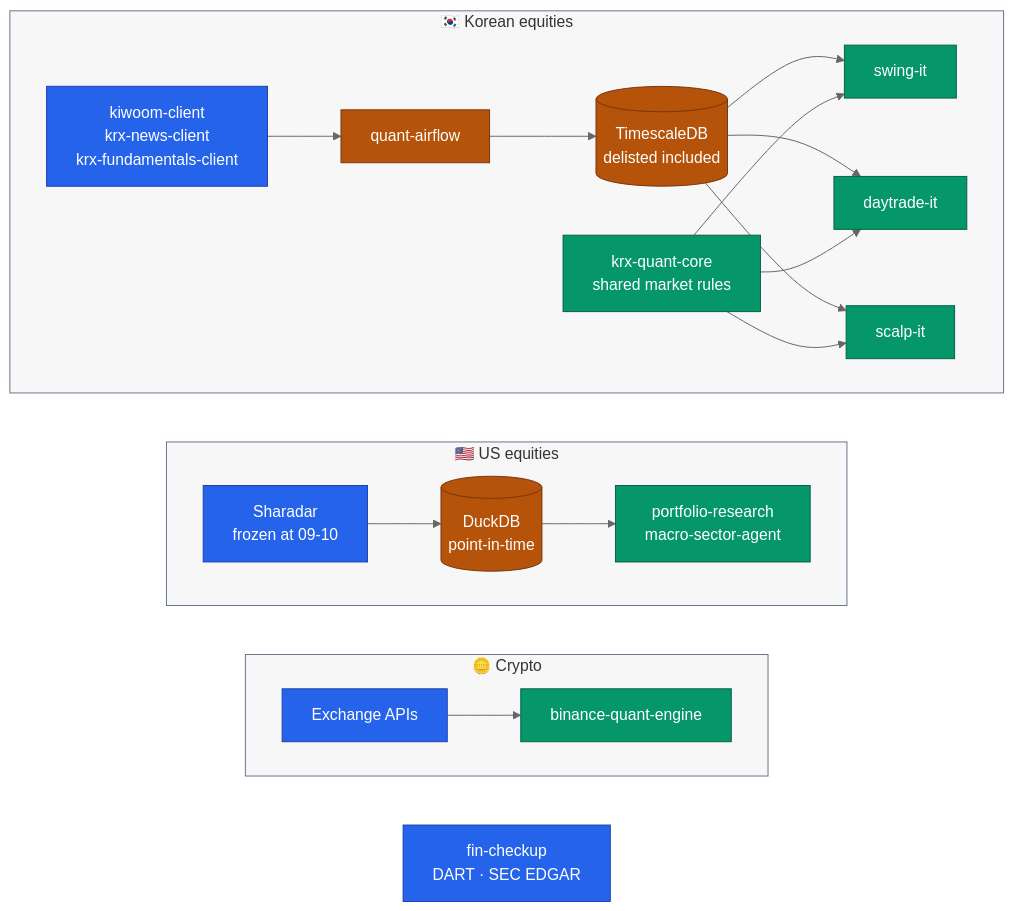
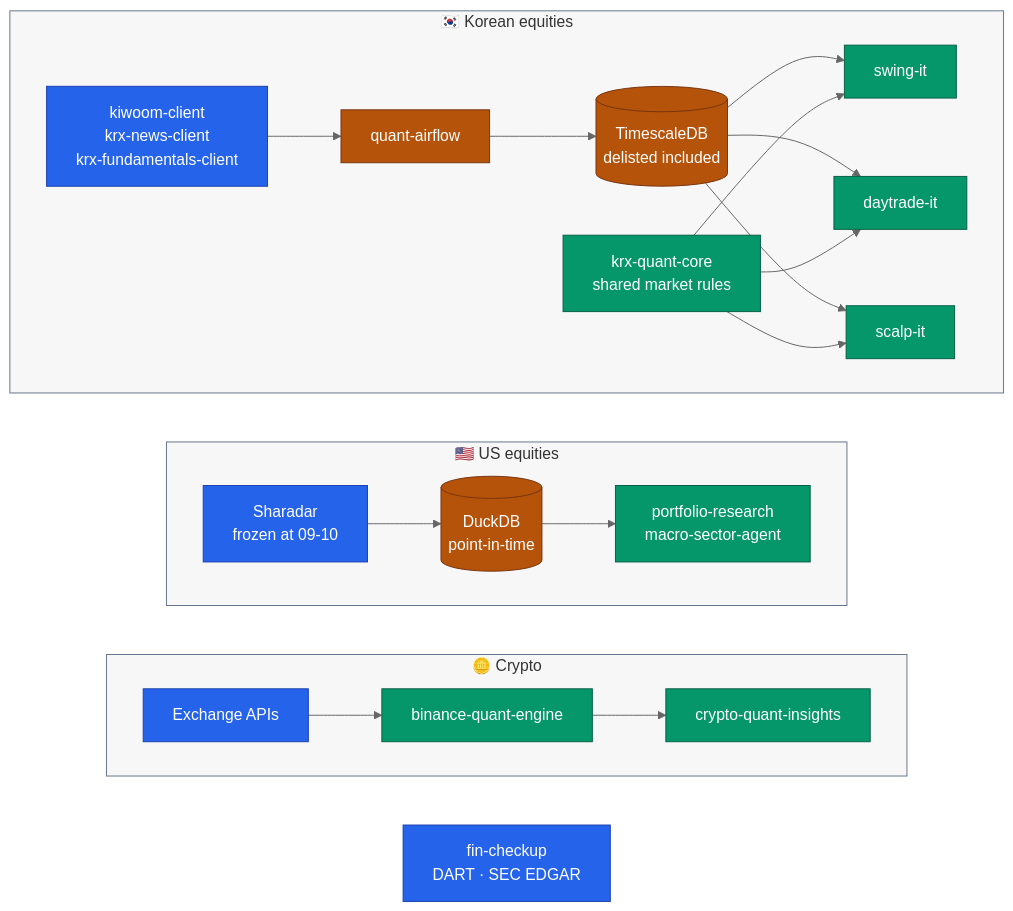
Before and after one commit to younghwan91/younghwan91: the diagram in README.md, drawn with Mermaid (neutral theme). The commit also changed other lines of this file and 1 other file, not shown here.

Commit message:
docs(readme): 삭제된 momentum 레포를 빼고 crypto-quant-insights 를 추가한다
GitHub 레포 목록과 대조 — README 에 적힌 레포 중 momentum 은 더 이상 없고,
공개 레포 crypto-quant-insights 는 빠져 있었다. 나머지 18개는 전부 존재한다.

````diff
--- a/README.md
+++ b/README.md
@@ -21,37 +21,37 @@
 ```mermaid
 flowchart TB
     subgraph KR ["🇰🇷 Korean equities"]
         direction LR
         SRC["kiwoom-client<br/>krx-news-client<br/>krx-fundamentals-client"] --> AF["quant-airflow"] --> DB[("TimescaleDB<br/>delisted included")]
         DB --> SW["swing-it"]
         DB --> DT["daytrade-it"]
         DB --> SC["scalp-it"]
         KC["krx-quant-core<br/>shared market rules"] --> SW & DT & SC
     end
 
     subgraph US ["🇺🇸 US equities"]
         direction LR
         SH["Sharadar<br/>frozen at 09-10"] --> DD[("DuckDB<br/>point-in-time")] --> PR["portfolio-research<br/>macro-sector-agent"]
     end
 
     subgraph CX ["🪙 Crypto"]
         direction LR
-        EX["Exchange APIs"] --> CR["binance-quant-engine"]
+        EX["Exchange APIs"] --> CR["binance-quant-engine"] --> CI["crypto-quant-insights"]
     end
 
     FC["fin-checkup<br/>DART · SEC EDGAR"]
 
     KR ~~~ US ~~~ CX ~~~ FC
 
     classDef source fill:#2563EB,stroke:#1E40AF,color:#FFFFFF
     classDef move   fill:#B45309,stroke:#78350F,color:#FFFFFF
     classDef out    fill:#059669,stroke:#065F46,color:#FFFFFF
 
     class SRC,SH,EX,FC source
     class AF,DB,DD move
-    class SW,DT,SC,KC,PR,CR out
+    class SW,DT,SC,KC,PR,CR,CI out
 
     style KR fill:#0F172A08,stroke:#64748B
     style US fill:#0F172A08,stroke:#64748B
     style CX fill:#0F172A08,stroke:#64748B
 ```
````
